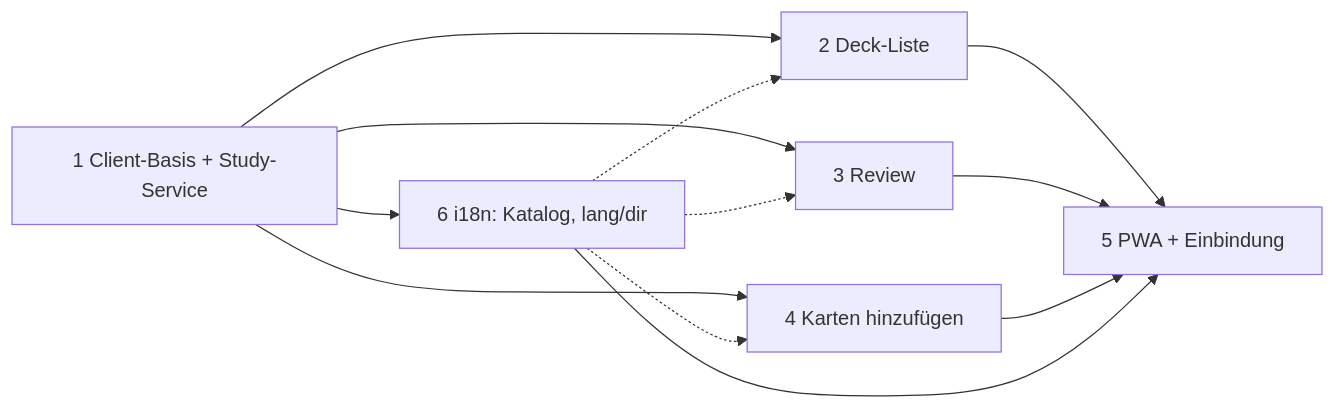
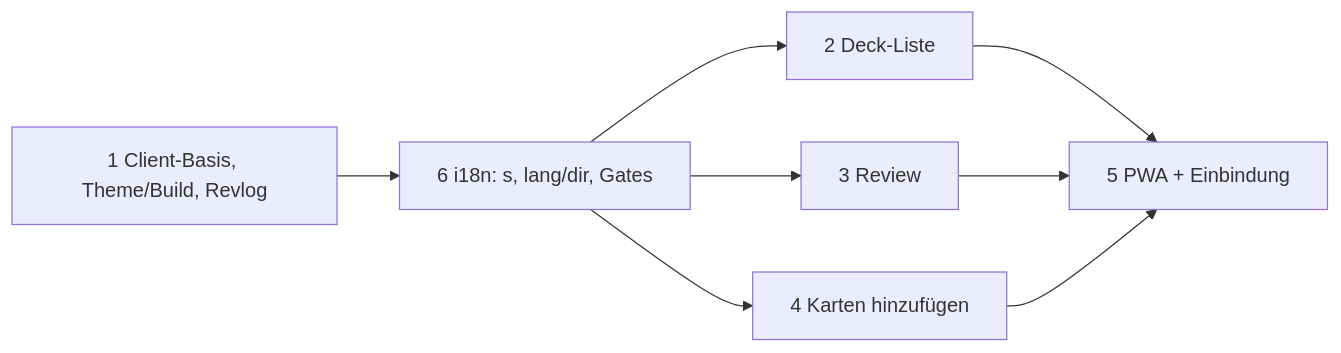
Before and after one commit to Ninerian/ankiweb: the diagram in docs/superpowers/plans/2026-10-27-reviewer-redesign-00-overview.md, drawn with Mermaid. The commit also changed other lines of this file and 1 other file, not shown here.

Commit message:
Overview: execution order 1,6,(2|3|4),5 with parallel-phase conflict rules

````diff
--- a/docs/superpowers/plans/2026-10-27-reviewer-redesign-00-overview.md
+++ b/docs/superpowers/plans/2026-10-27-reviewer-redesign-00-overview.md
@@ -71,14 +71,10 @@
 ```mermaid
 flowchart LR
-  P1[1 Client-Basis + Study-Service] --> P2[2 Deck-Liste]
-  P1 --> P3[3 Review]
-  P1 --> P4[4 Karten hinzufügen]
+  P1[1 Client-Basis, Theme/Build, Revlog] --> P6[6 i18n: s, lang/dir, Gates]
+  P6 --> P2[2 Deck-Liste]
+  P6 --> P3[3 Review]
+  P6 --> P4[4 Karten hinzufügen]
   P2 --> P5[5 PWA + Einbindung]
   P3 --> P5
   P4 --> P5
-  P1 --> P6[6 i18n: Katalog, lang/dir]
-  P6 -.-> P2
-  P6 -.-> P3
-  P6 -.-> P4
-  P6 --> P5
 ```
````
